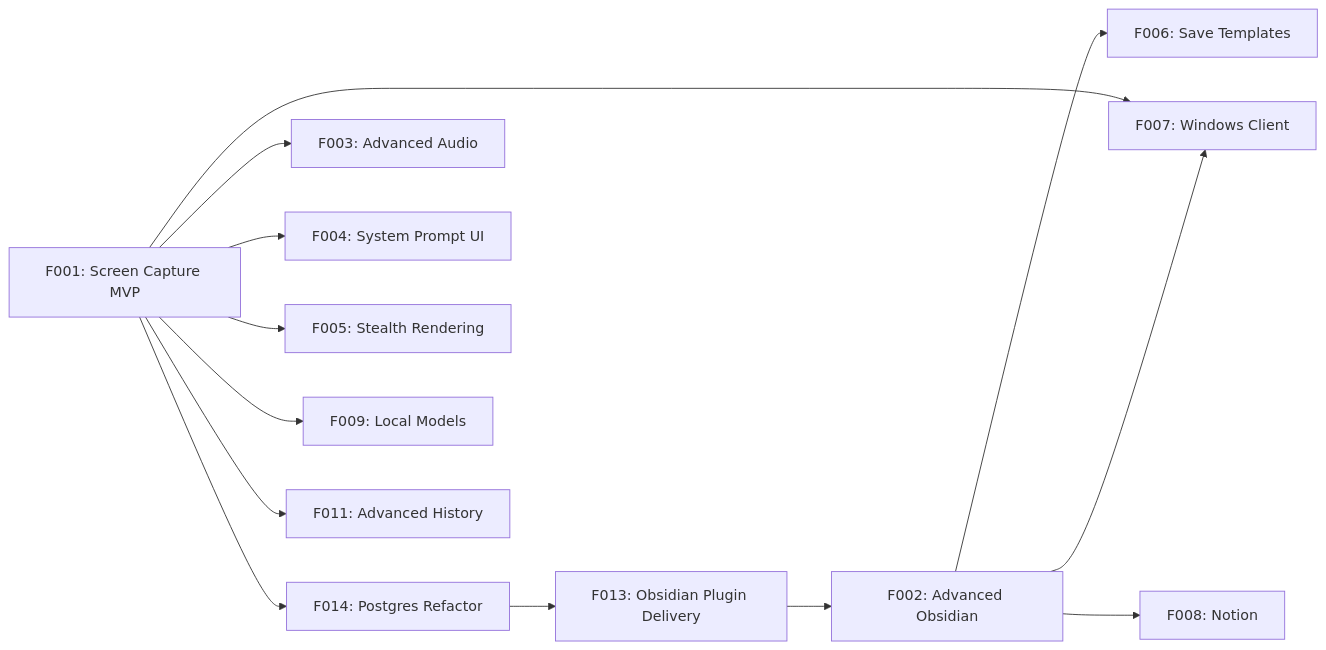
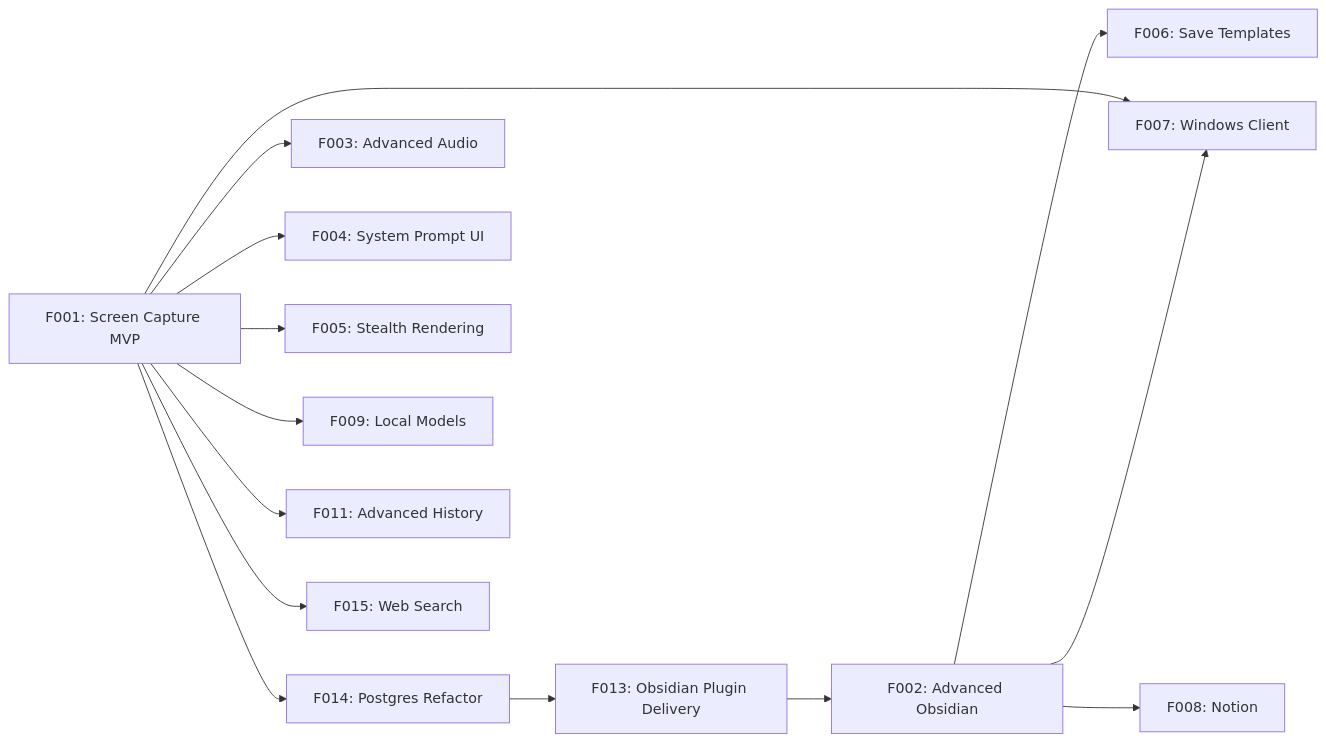
The diagram in BOARD.md (bgabrielma/gotit), drawn with Mermaid before and after one commit. The commit also changed other lines of this file and 3 other files, not shown here.

Commit message:
docs: add F015 web search enrichment plan, update BOARD.md and STATUS.md

````diff
--- a/BOARD.md
+++ b/BOARD.md
@@ -66,15 +71,16 @@
 ```mermaid
 graph LR
     F001[F001: Screen Capture MVP] --> F014[F014: Postgres Refactor]
     F014 --> F013[F013: Obsidian Plugin Delivery]
     F013 --> F002[F002: Advanced Obsidian]
     F001 --> F003[F003: Advanced Audio]
     F001 --> F004[F004: System Prompt UI]
     F001 --> F005[F005: Stealth Rendering]
     F002 --> F006[F006: Save Templates]
     F001 --> F007[F007: Windows Client]
     F002 --> F007
     F002 --> F008[F008: Notion]
     F001 --> F009[F009: Local Models]
     F001 --> F011[F011: Advanced History]
+    F001 --> F015[F015: Web Search]
 ```
````
